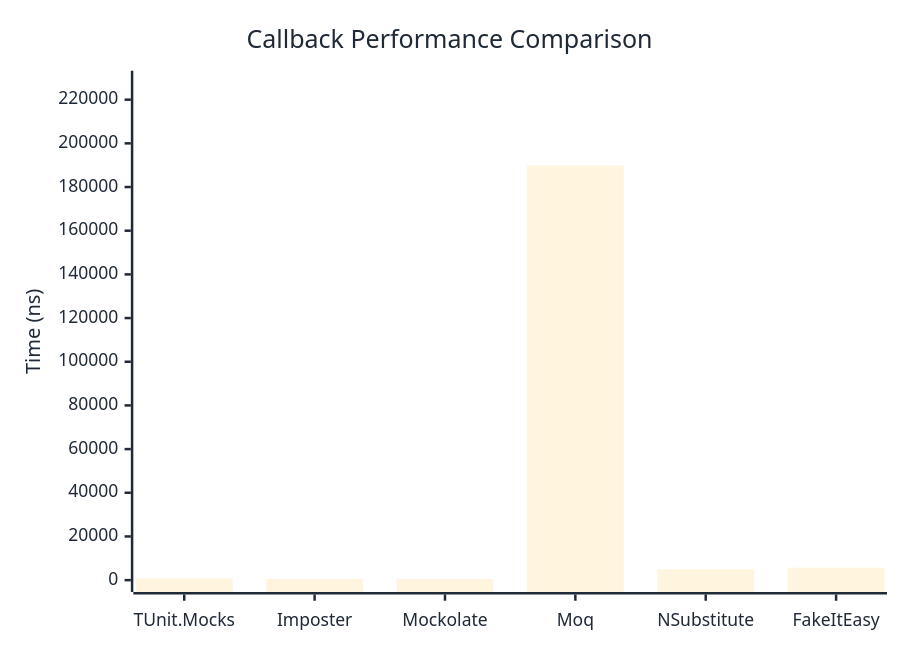
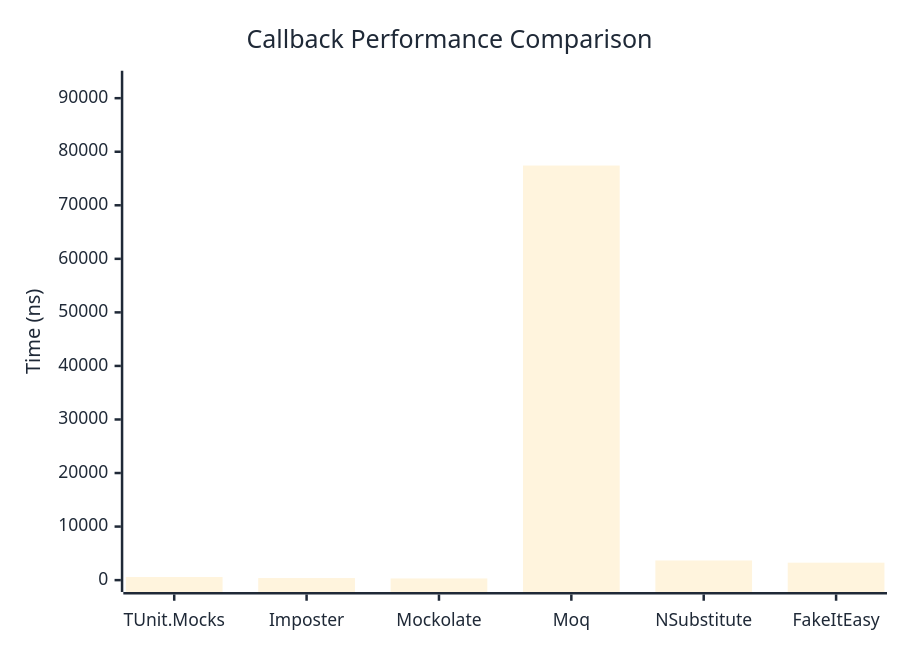
One commit to thomhurst/TUnit changed the first of 2 diagrams in docs/docs/benchmarks/mocks/Callback.md. Above: the diagram before and after it, drawn with Mermaid. The commit also changed other lines of this file and 14 other files, not shown here.

````diff
--- a/docs/docs/benchmarks/mocks/Callback.md
+++ b/docs/docs/benchmarks/mocks/Callback.md
@@ -30,27 +30,27 @@
 ```mermaid
 %%{init: {
   'theme':'base',
   'themeVariables': {
     'primaryColor': '#2563eb',
     'primaryTextColor': '#1f2937',
     'primaryBorderColor': '#1e40af',
     'lineColor': '#6b7280',
     'secondaryColor': '#7c3aed',
     'tertiaryColor': '#dc2626',
     'background': '#ffffff',
     'pie1': '#2563eb',
     'pie2': '#7c3aed',
     'pie3': '#dc2626',
     'pie4': '#f59e0b',
     'pie5': '#10b981',
     'pie6': '#06b6d4',
     'pie7': '#ec4899',
     'pie8': '#6366f1'
   }
 }}%%
 xychart-beta
   title "Callback Performance Comparison"
   x-axis ["TUnit.Mocks", "Imposter", "Mockolate", "Moq", "NSubstitute", "FakeItEasy"]
-  y-axis "Time (ns)" 0 --> 227807
-  bar [775.5, 553.7, 414.6, 189838.7, 4972.2, 5700.4]
+  y-axis "Time (ns)" 0 --> 92905
+  bar [579.7, 387.4, 312.9, 77420.8, 3670.7, 3257.2]
 ```
````
